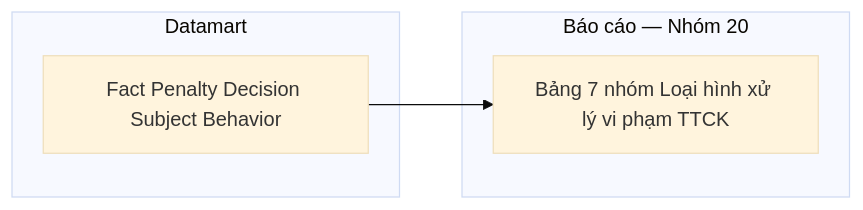
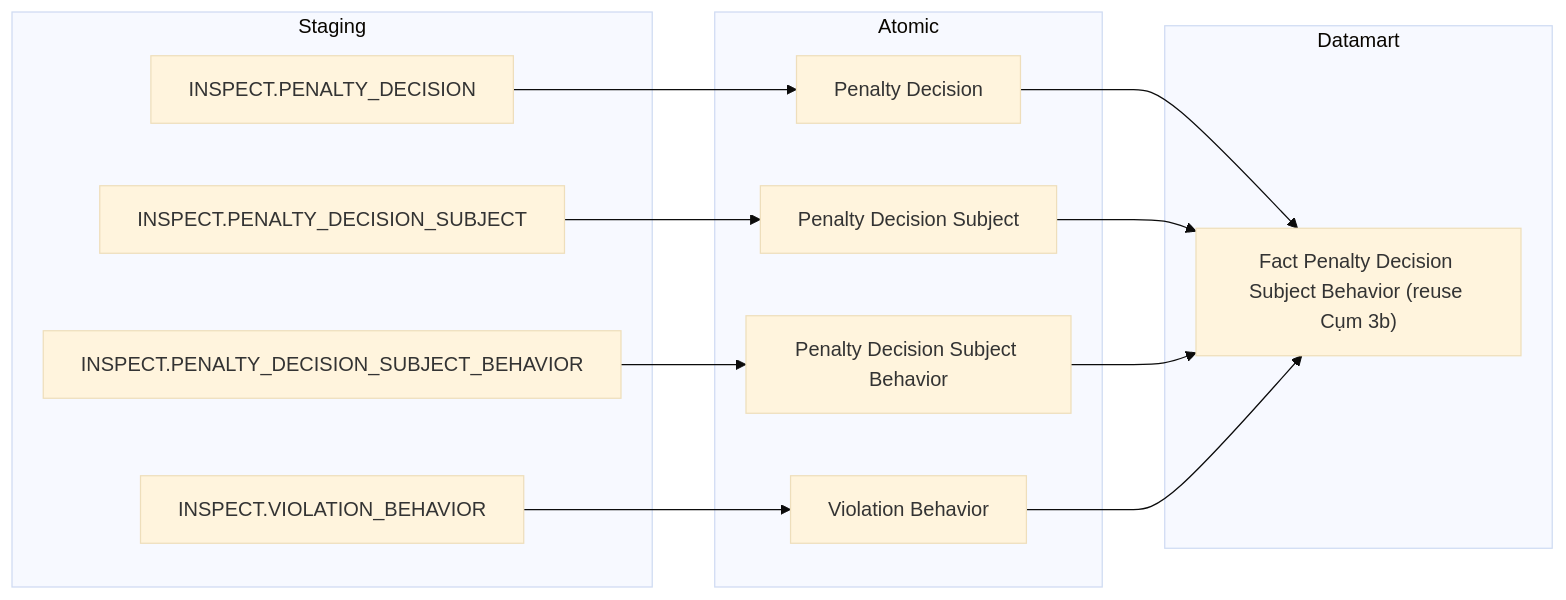
Diagram 14 of 54 in Datamart/hld/DTM_TT_HLD.md (linhlvit/ubck_atomic_design), drawn with Mermaid (base theme) before and after one commit. The commit also changed other lines of this file and 10 other files, not shown here.

````diff
--- a/Datamart/hld/DTM_TT_HLD.md
+++ b/Datamart/hld/DTM_TT_HLD.md
@@ -525,10 +525,30 @@
 ```mermaid
 flowchart LR
-    subgraph Datamart["Datamart"]
-        G1["Fact Penalty Decision Subject Behavior"]
+    subgraph SRC["Staging"]
+        S1["INSPECT.PENALTY_DECISION"]
+        S2["INSPECT.PENALTY_DECISION_SUBJECT"]
+        S3["INSPECT.PENALTY_DECISION_SUBJECT_BEHAVIOR"]
+        S4["INSPECT.VIOLATION_BEHAVIOR"]
     end
-    subgraph RPT["Báo cáo — Nhóm 20"]
-        R1["Bảng 7 nhóm Loại hình xử lý vi phạm TTCK"]
+
+    subgraph SIL["Atomic"]
+        SV1["Penalty Decision"]
+        SV2["Penalty Decision Subject"]
+        SV3["Penalty Decision Subject Behavior"]
+        SV4["Violation Behavior"]
     end
-    G1 --> R1
+
+    subgraph GOLD["Datamart"]
+        G1["Fact Penalty Decision Subject Behavior (reuse Cụm 3b)"]
+    end
+
+    S1 --> SV1
+    S2 --> SV2
+    S3 --> SV3
+    S4 --> SV4
+
+    SV1 --> G1
+    SV2 --> G1
+    SV3 --> G1
+    SV4 --> G1
 ```
````
